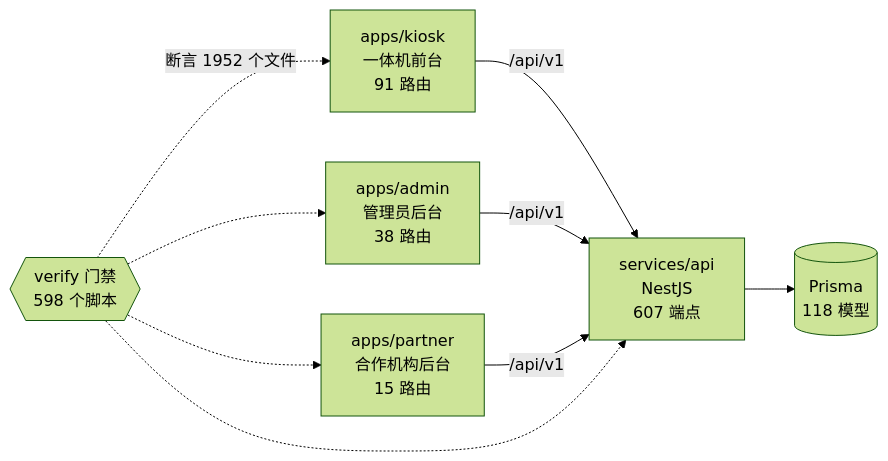
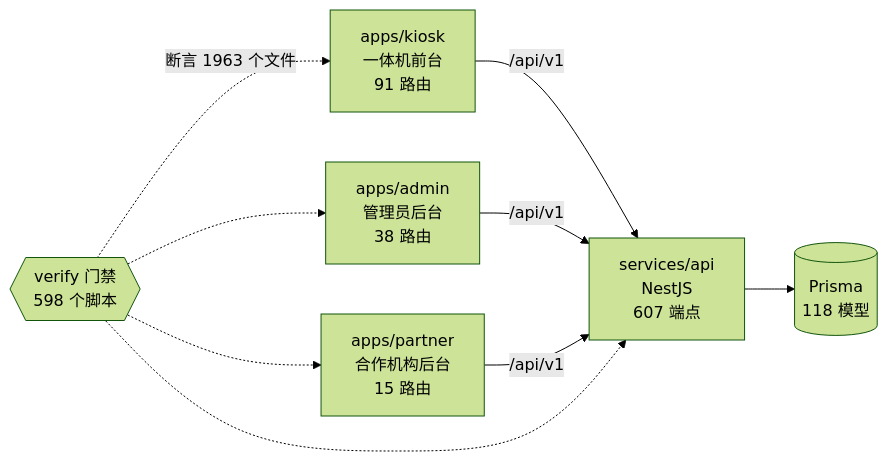
The diagram in docs/graph/README.md (wanglei581/YITIJI), drawn with Mermaid (forest theme) before and after one commit. The commit also changed other lines of this file and 3 other files, not shown here.

First line of the commit message:
一体机扫描页拆分(5/5)：补进度记录并重出项目图谱

````diff
--- a/docs/graph/README.md
+++ b/docs/graph/README.md
@@ -68,18 +68,18 @@
 ```mermaid
 flowchart LR
   kiosk["apps/kiosk<br/>一体机前台<br/>91 路由"]
   admin["apps/admin<br/>管理员后台<br/>38 路由"]
   partner["apps/partner<br/>合作机构后台<br/>15 路由"]
   api["services/api<br/>NestJS<br/>607 端点"]
   db[("Prisma<br/>118 模型")]
   gates{{"verify 门禁<br/>598 个脚本"}}
 
   kiosk -->|"/api/v1"| api
   admin -->|"/api/v1"| api
   partner -->|"/api/v1"| api
   api --> db
-  gates -.->|"断言 1952 个文件"| kiosk
+  gates -.->|"断言 1963 个文件"| kiosk
   gates -.-> admin
   gates -.-> partner
   gates -.-> api
 ```
````
